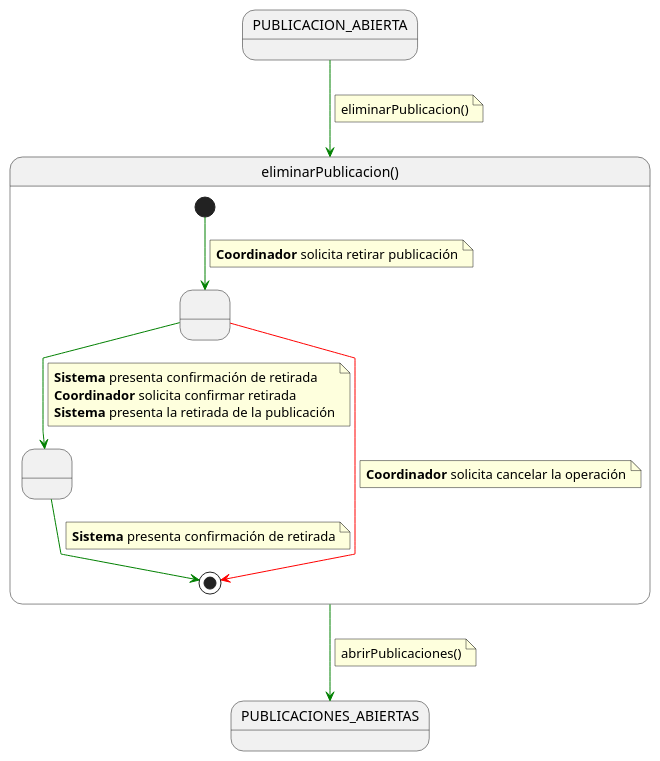
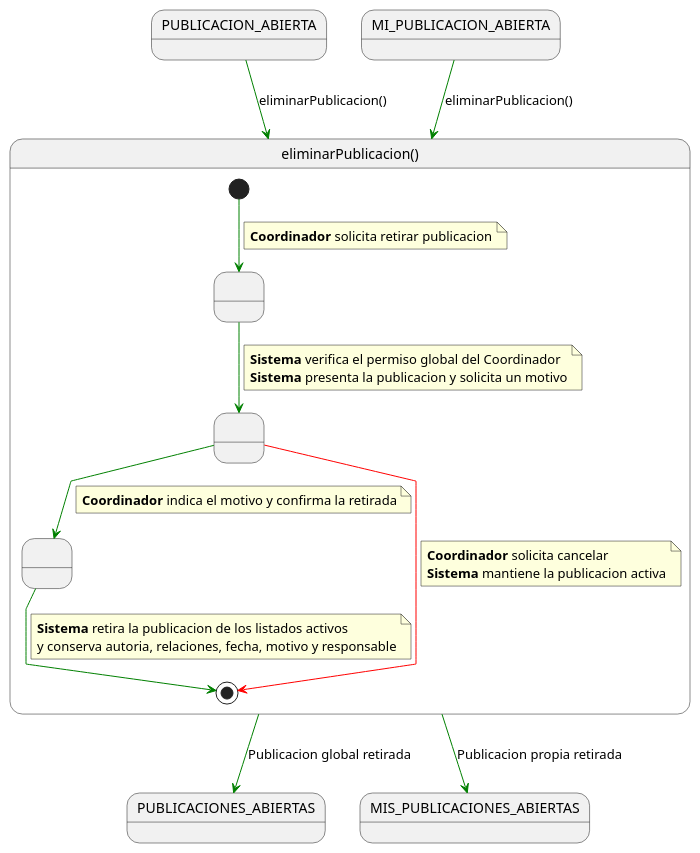
The diagram in RUP/00-casos-uso/02-detalle/coordinador/eliminarPublicacion/especificacion.puml (beatriizorozco/25-26-idsw2-sdVC), drawn with PlantUML before and after one commit. The commit also changed 44 other files, not shown here.

```diff
--- a/RUP/00-casos-uso/02-detalle/coordinador/eliminarPublicacion/especificacion.puml
+++ b/RUP/00-casos-uso/02-detalle/coordinador/eliminarPublicacion/especificacion.puml
@@ -1,46 +1,45 @@
 @startuml eliminarPublicacion
-
 skinparam linetype polyline
 
-state in2 as "PUBLICACION_ABIERTA"
-in2 -[#green]-> eliminarPublicacion
-note on link
-eliminarPublicacion()
-end note
+state in1 as "PUBLICACION_ABIERTA"
+state in2 as "MI_PUBLICACION_ABIERTA"
+in1 -[#green]-> eliminarPublicacion : eliminarPublicacion()
+in2 -[#green]-> eliminarPublicacion : eliminarPublicacion()
 
 state eliminarPublicacion as "eliminarPublicacion()" {
-
+    state " " as VerificandoPermiso
     state " " as ConfirmandoRetirada
     state " " as PublicacionRetirada
 
-    [*] -[#green]-> ConfirmandoRetirada
+    [*] -[#green]-> VerificandoPermiso
     note on link
-    <b>Coordinador</b> solicita retirar publicación
+    <b>Coordinador</b> solicita retirar publicacion
+    end note
+
+    VerificandoPermiso -[#green]-> ConfirmandoRetirada
+    note on link
+    <b>Sistema</b> verifica el permiso global del Coordinador
+    <b>Sistema</b> presenta la publicacion y solicita un motivo
     end note
 
     ConfirmandoRetirada -[#green]-> PublicacionRetirada
     note on link
-    <b>Sistema</b> presenta confirmación de retirada
-    <b>Coordinador</b> solicita confirmar retirada
-    <b>Sistema</b> presenta la retirada de la publicación
+    <b>Coordinador</b> indica el motivo y confirma la retirada
+    end note
+
+    PublicacionRetirada -[#green]-> [*]
+    note on link
+    <b>Sistema</b> retira la publicacion de los listados activos
+    y conserva autoria, relaciones, fecha, motivo y responsable
     end note
 
     ConfirmandoRetirada -[#red]-> [*]
     note on link
-    <b>Coordinador</b> solicita cancelar la operación
-    end note
-
-    PublicacionRetirada -[#green]-> [*]
-    note on link
-    <b>Sistema</b> presenta confirmación de retirada
+    <b>Coordinador</b> solicita cancelar
+    <b>Sistema</b> mantiene la publicacion activa
     end note
 }
 
-
-
-eliminarPublicacion -[#green]-> PUBLICACIONES_ABIERTAS
-note on link
-abrirPublicaciones()
-end note
-
+eliminarPublicacion -[#green]-> PUBLICACIONES_ABIERTAS : Publicacion global retirada
+eliminarPublicacion -[#green]-> MIS_PUBLICACIONES_ABIERTAS : Publicacion propia retirada
 @enduml
```
